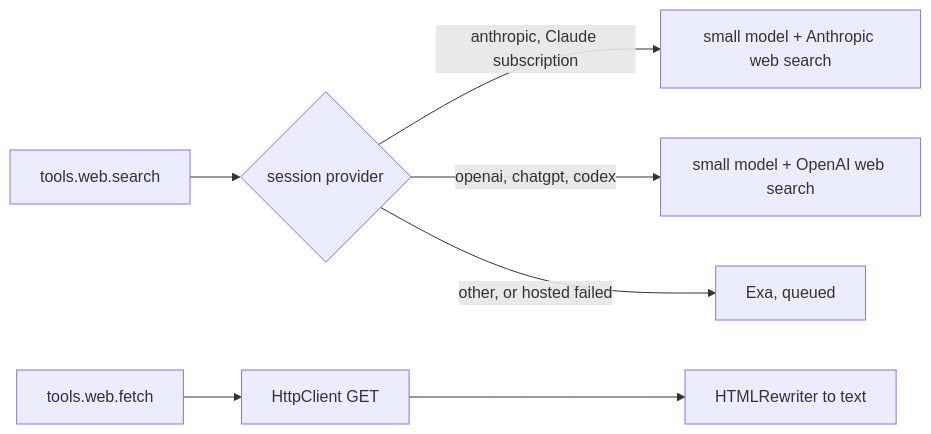
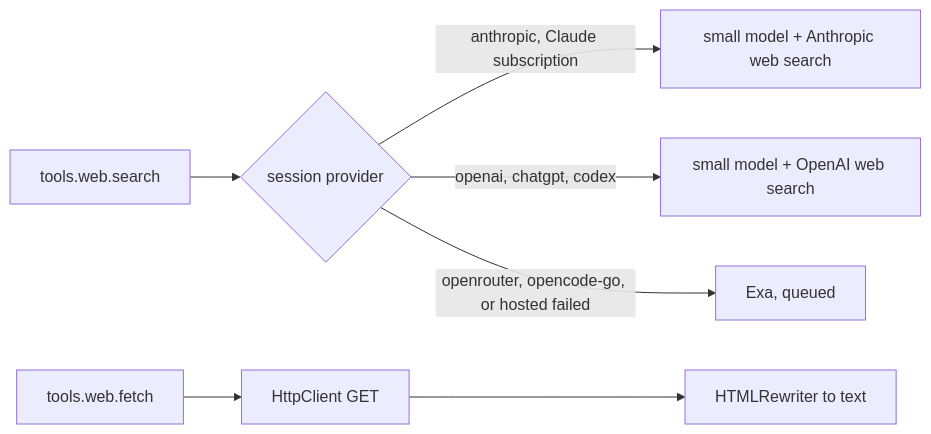
The first of 3 diagrams in docs/plan/work/web-and-references.md (shanepadgett/tau-agent), drawn with Mermaid before and after one commit. The commit also changed other lines of this file and 25 other files, not shown here.

````diff
--- a/docs/plan/work/web-and-references.md
+++ b/docs/plan/work/web-and-references.md
@@ -30,8 +32,8 @@
 ```mermaid
 flowchart LR
   S["tools.web.search"] --> P{"session provider"}
   P -->|anthropic, Claude subscription| A["small model + Anthropic web search"]
   P -->|openai, chatgpt, codex| O["small model + OpenAI web search"]
-  P -->|other, or hosted failed| E["Exa, queued"]
+  P -->|openrouter, opencode-go, or hosted failed| E["Exa, queued"]
   F["tools.web.fetch"] --> H["HttpClient GET"] --> T["HTMLRewriter to text"]
 ```
````
